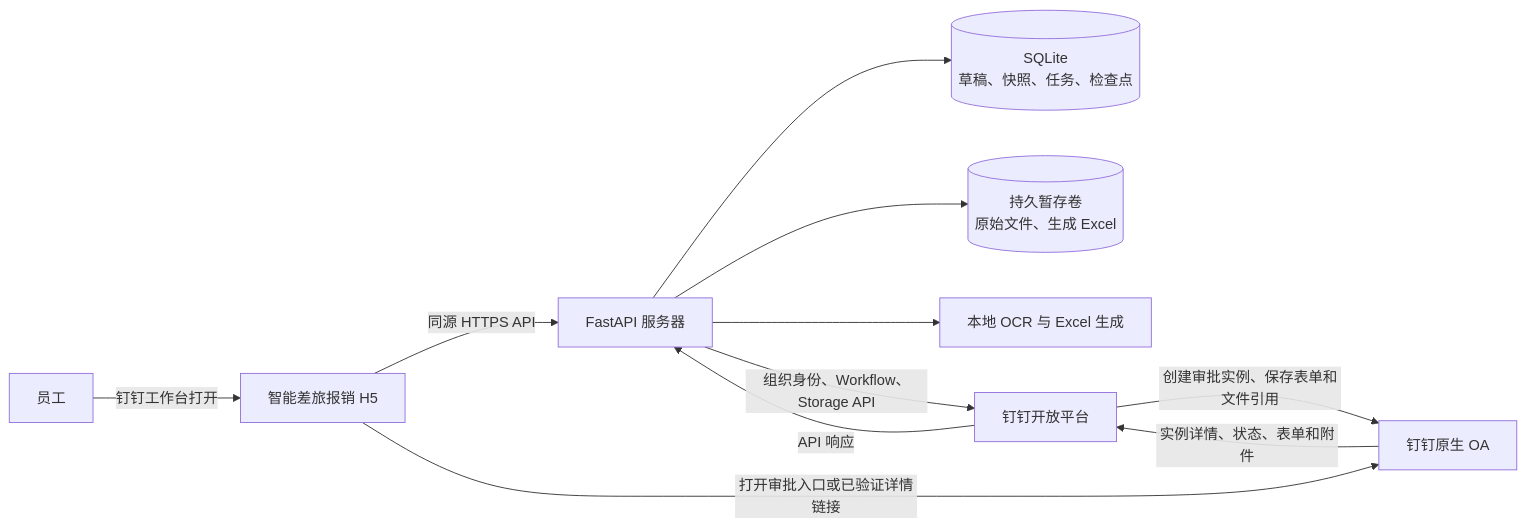
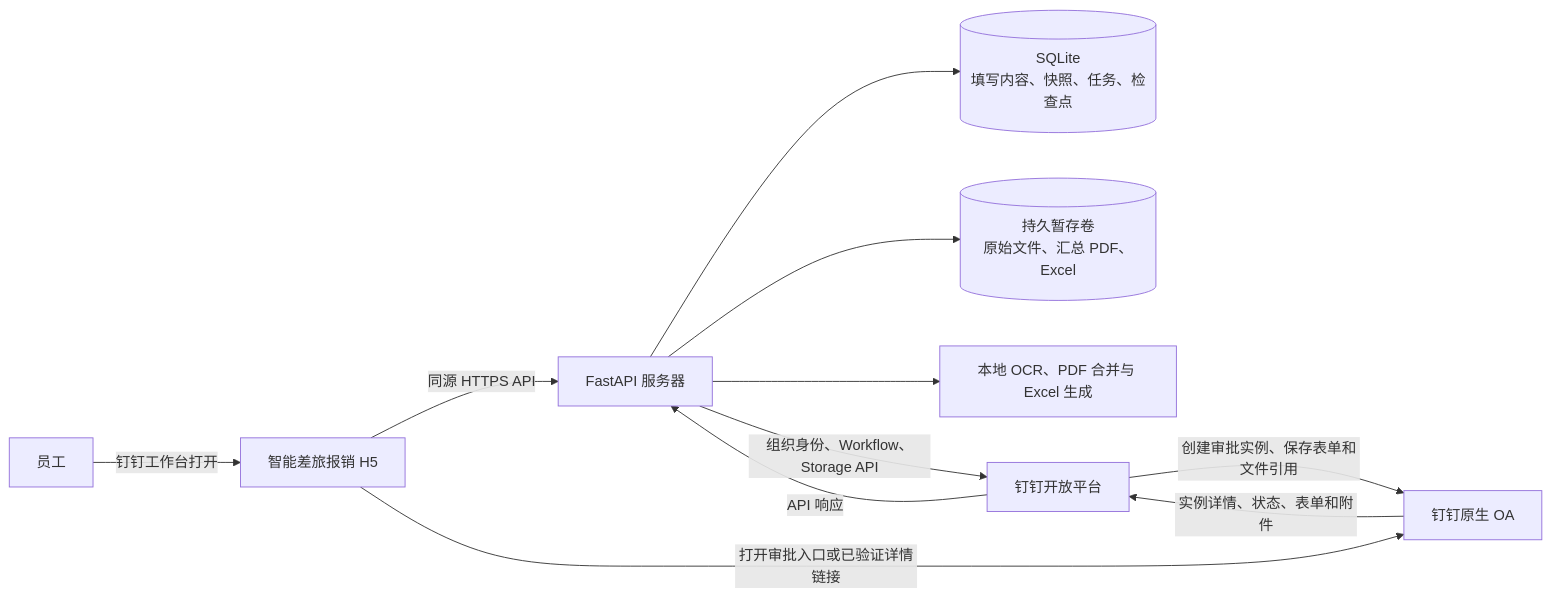
One commit to BearDrinkbeer/dingtalk-travel-reimbursement changed the first of 3 diagrams in docs/DINGTALK_OA_INTEGRATION_DESIGN.md. Above: the diagram before and after it, drawn with Mermaid. The commit also changed other lines of this file and 59 other files, not shown here.

````diff
--- a/docs/DINGTALK_OA_INTEGRATION_DESIGN.md
+++ b/docs/DINGTALK_OA_INTEGRATION_DESIGN.md
@@ -44,13 +48,13 @@
 ```mermaid
 flowchart LR
     U[员工] -->|钉钉工作台打开| H[智能差旅报销 H5]
     H -->|同源 HTTPS API| S[FastAPI 服务器]
-    S --> DB[(SQLite<br/>草稿、快照、任务、检查点)]
-    S --> FS[(持久暂存卷<br/>原始文件、生成 Excel)]
-    S --> OCR[本地 OCR 与 Excel 生成]
+    S --> DB[(SQLite<br/>填写内容、快照、任务、检查点)]
+    S --> FS[(持久暂存卷<br/>原始文件、汇总 PDF、Excel)]
+    S --> OCR[本地 OCR、PDF 合并与 Excel 生成]
     S -->|组织身份、Workflow、Storage API| D[钉钉开放平台]
     D -->|创建审批实例、保存表单和文件引用| OA[钉钉原生 OA]
     OA -->|实例详情、状态、表单和附件| D
     D -->|API 响应| S
     H -->|打开审批入口或已验证详情链接| OA
 ```
````
